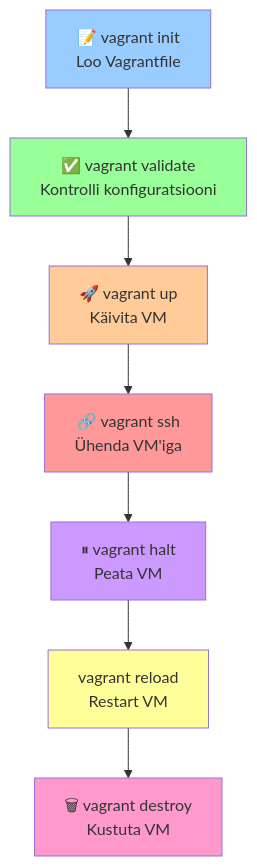
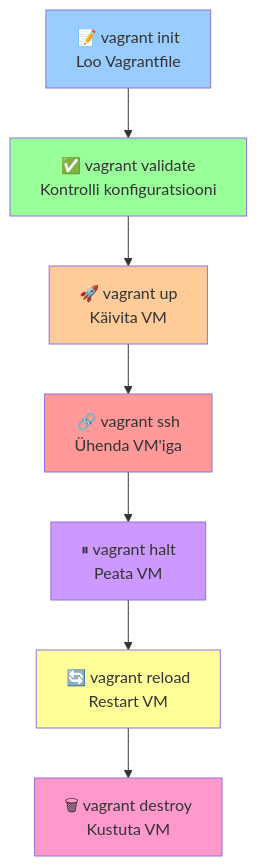
One commit to mtalvik/automation changed the diagram in docs/ansible_roles/lecture.md. Above: the diagram before and after it, drawn with Mermaid. The commit also changed other lines of this file and 22 other files, not shown here.

````diff
--- a/docs/ansible_roles/lecture.md
+++ b/docs/ansible_roles/lecture.md
@@ -89,17 +89,17 @@
 ```mermaid
 flowchart TD
     A[📝 vagrant init<br/>Loo Vagrantfile] --> B[✅ vagrant validate<br/>Kontrolli konfiguratsiooni]
     B --> C[🚀 vagrant up<br/>Käivita VM]
     C --> D[🔗 vagrant ssh<br/>Ühenda VM'iga]
     D --> E[⏸ vagrant halt<br/>Peata VM]
-    E --> F[ vagrant reload<br/>Restart VM]
+    E --> F[🔄 vagrant reload<br/>Restart VM]
     F --> G[🗑 vagrant destroy<br/>Kustuta VM]
     
     style A fill:#99ccff
     style B fill:#99ff99
     style C fill:#ffcc99
     style D fill:#ff9999
     style E fill:#cc99ff
     style F fill:#ffff99
     style G fill:#ff99cc
 ```
````
